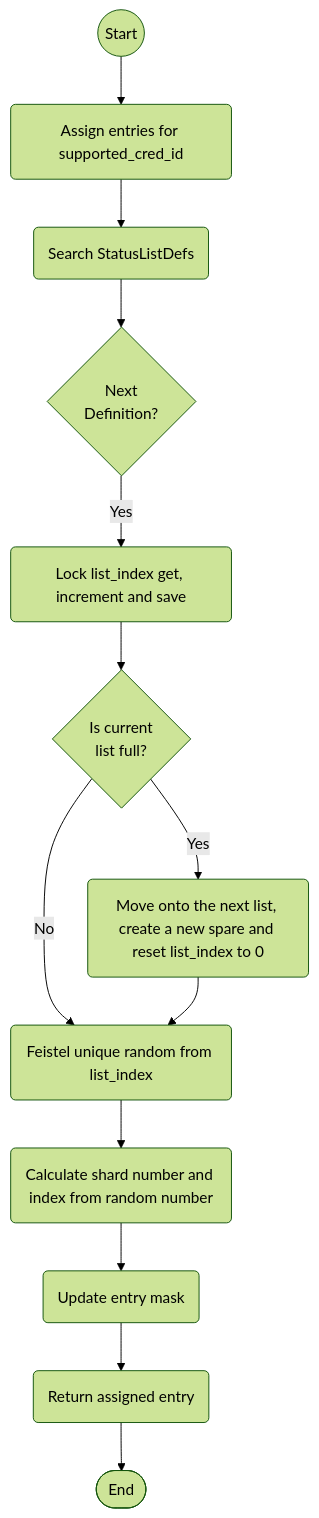
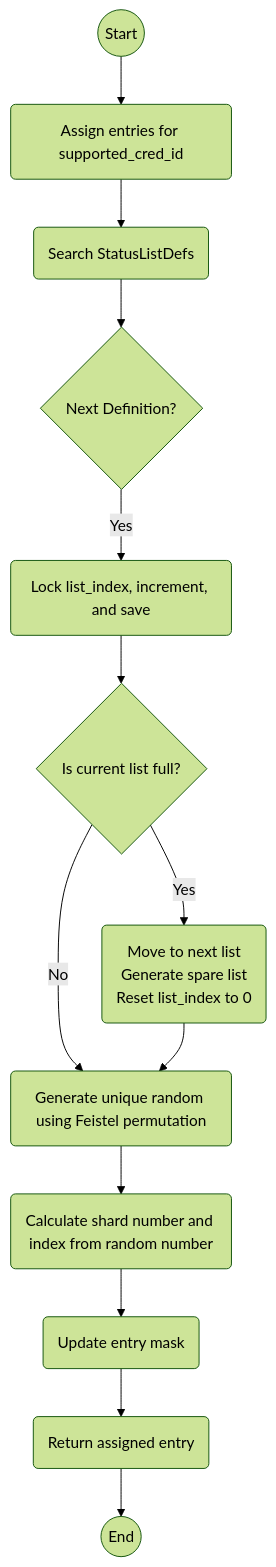
The fourth of 4 diagrams in status_list/README.md (openwallet-foundation/acapy-plugins), drawn with Mermaid (forest theme) before and after one commit. The commit also changed other lines of this file, not shown here.

````diff
--- a/status_list/README.md
+++ b/status_list/README.md
@@ -149,15 +149,15 @@
 ```mermaid
 flowchart TD
-    START@{ shape: circle, label: "Start" } --> A(Assign entries for supported_cred_id)
+    START((Start)) --> A(Assign entries for supported_cred_id)
     A --> B(Search StatusListDefs)
-    B --> C{Next<br>Definition?}
-    C -- Yes --> D(Lock list_index get, increment and save)
-    D --> E{Is current<br>list full?}
-    E -- Yes --> F(Move onto the next list, create a new spare and reset list_index to 0)
-    E -- No --> G(Feistel unique random from list_index)
+    B --> C{Next Definition?}
+    C -- Yes --> D(Lock list_index, increment, and save)
+    D --> E{Is current list full?}
+    E -- Yes --> F(Move to next list<br>Generate spare list<br>Reset list_index to 0)
+    E -- No --> G(Generate unique random using Feistel permutation)
     F --> G
     G --> H(Calculate shard number and index from random number)
     H --> I(Update entry mask)
     I --> J(Return assigned entry)
-    J --> END@{ shape: stadium, label: "End" }
+    J --> END((End))
 ```
````
